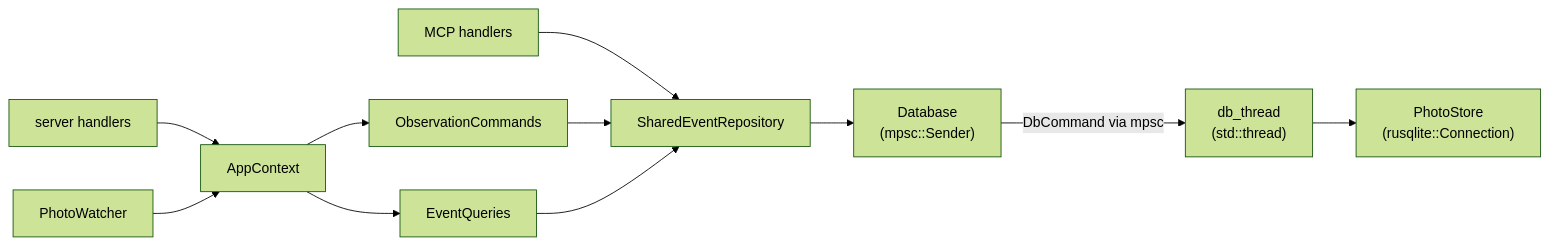
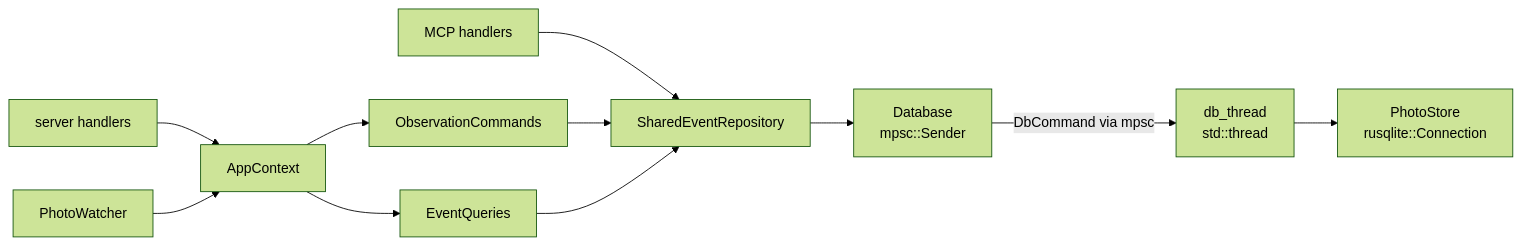
One commit to dj-oyu/rdk-x5_smart-pet-camera changed the second of 2 diagrams in src/ai-pyramid/docs/architecture.md. Above: the diagram before and after it, drawn with Mermaid (forest theme). The commit also changed other lines of this file and 32 other files, not shown here.

````diff
--- a/src/ai-pyramid/docs/architecture.md
+++ b/src/ai-pyramid/docs/architecture.md
@@ -40,24 +40,24 @@
 ```mermaid
 graph LR
     S["server handlers"]
     M["MCP handlers"]
     W["PhotoWatcher"]
     CTX["AppContext"]
     CMD["ObservationCommands"]
     Q["EventQueries"]
     REPO["SharedEventRepository"]
-    DB["Database<br/>(mpsc::Sender)"]
-    THR["db_thread<br/>(std::thread)"]
-    STORE["PhotoStore<br/>(rusqlite::Connection)"]
+    DB["Database<br/>mpsc::Sender"]
+    THR["db_thread<br/>std::thread"]
+    STORE["PhotoStore<br/>rusqlite::Connection"]
 
     S --> CTX
     M --> REPO
     W --> CTX
     CTX --> CMD
     CTX --> Q
     CMD --> REPO
     Q --> REPO
     REPO --> DB
     DB -->|DbCommand via mpsc| THR
     THR --> STORE
 ```
````
